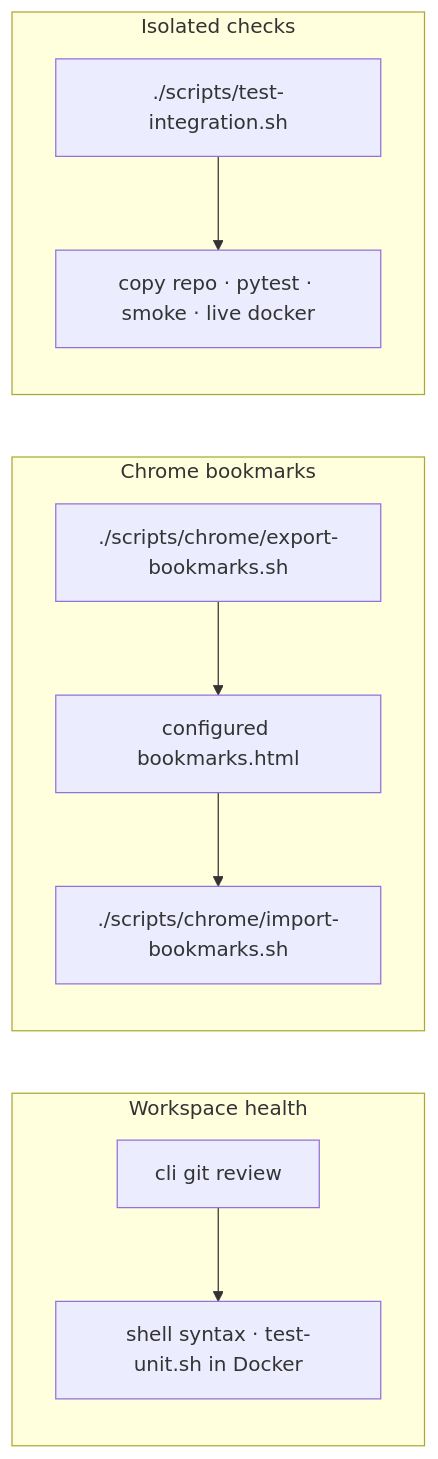
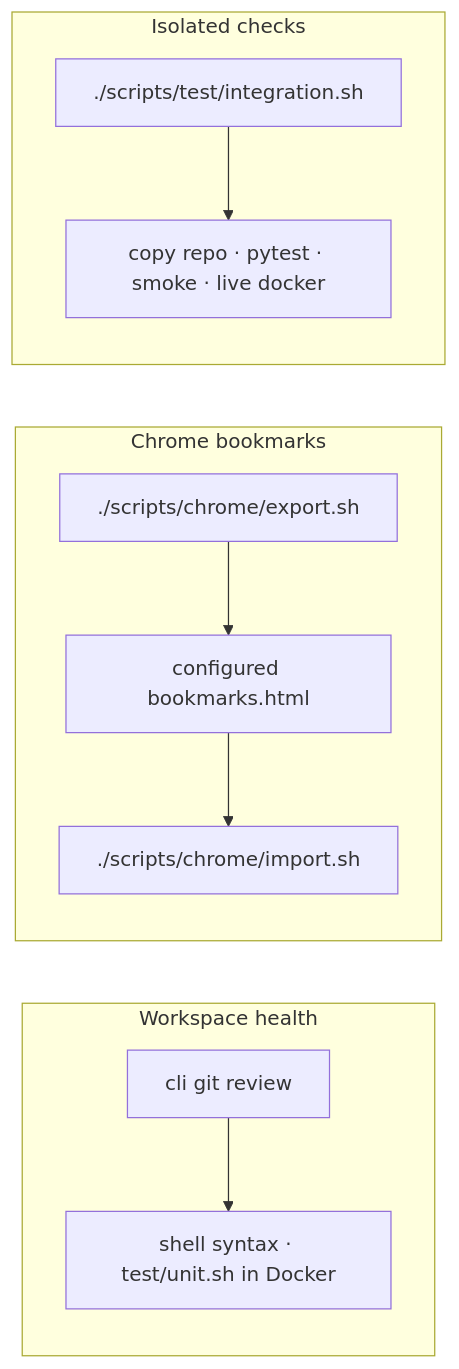
Before and after one commit to gardusig/cli: the sixth of 7 diagrams in docs/workflows.md, drawn with Mermaid. The commit also changed other lines of this file and 286 other files, not shown here.

First line of the commit message:
PyPI release pipeline, Docker integration guard, and test hardening (#76)

````diff
--- a/docs/workflows.md
+++ b/docs/workflows.md
@@ -128,21 +130,21 @@
 ```mermaid
 flowchart LR
     subgraph review [Workspace health]
         R1["cli git review"]
-        R2["shell syntax · test-unit.sh in Docker"]
+        R2["shell syntax · test/unit.sh in Docker"]
         R1 --> R2
     end
 
     subgraph bookmarks [Chrome bookmarks]
-        B1["./scripts/chrome/export-bookmarks.sh"]
+        B1["./scripts/chrome/export.sh"]
         B2["configured bookmarks.html"]
-        B3["./scripts/chrome/import-bookmarks.sh"]
+        B3["./scripts/chrome/import.sh"]
         B1 --> B2 --> B3
     end
 
     subgraph docker [Isolated checks]
-        D1["./scripts/test-integration.sh"]
+        D1["./scripts/test/integration.sh"]
         D2["copy repo · pytest · smoke · live docker"]
         D1 --> D2
     end
 ```
````
